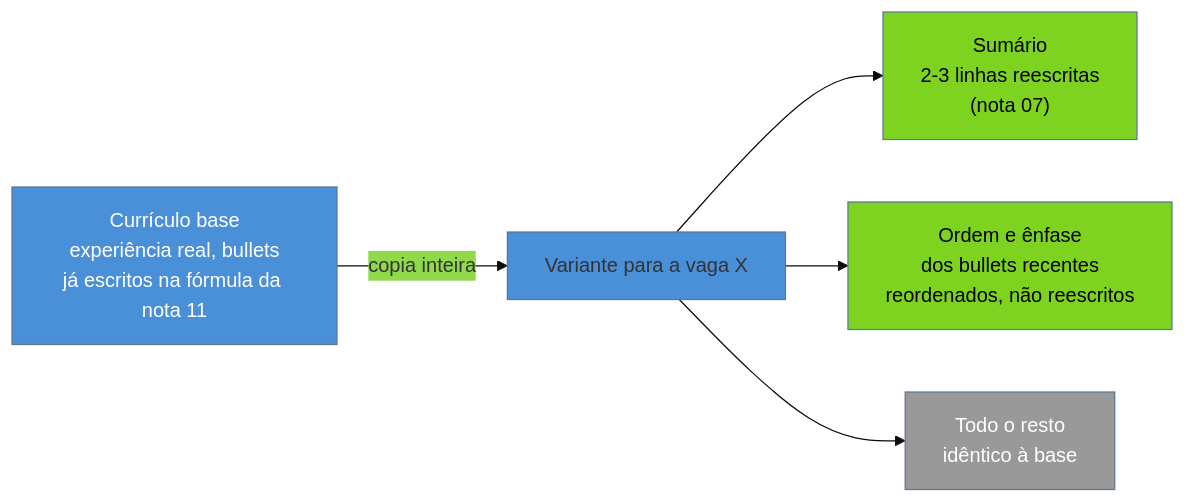
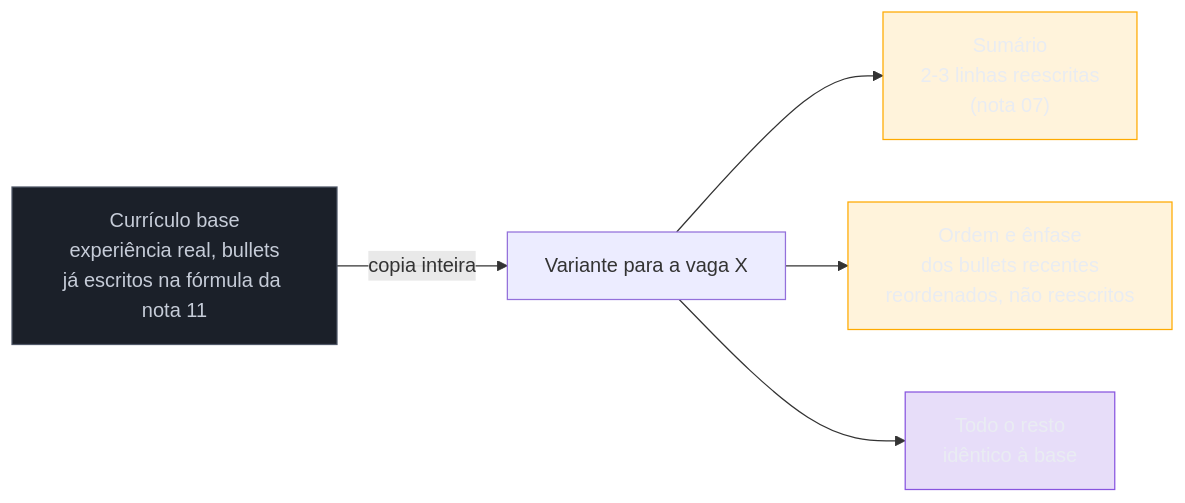
The diagram in 03-Dominios/Carreira/Currículo/18 - Adaptar por vaga sem reescrever.md (josenaldo/codex-technomanticus), drawn with Mermaid before and after one commit. The commit also changed 1181 other files, not shown here.

First line of the commit message:
fix(diagramas): paleta do sistema no lugar de cor cravada no markdown

````diff
--- a/03-Dominios/Carreira/Currículo/18 - Adaptar por vaga sem reescrever.md
+++ b/03-Dominios/Carreira/Currículo/18 - Adaptar por vaga sem reescrever.md
@@ -85,16 +85,18 @@
 ```mermaid
-%%{init: {"theme": "base", "themeVariables": {"primaryColor": "#4A90D9"}}}%%
 graph LR
+    classDef neutro fill:#1B2029,stroke:#4E5666,color:#C6CCD8
+    classDef destaque fill:#FFAA0024,stroke:#FFAA00,color:#E9ECF2
+    classDef marca fill:#8855DF33,stroke:#8855DF,color:#E9ECF2
     BASE["Currículo base<br/>experiência real, bullets<br/>já escritos na fórmula da nota 11"]
 
     BASE -->|"copia inteira"| VAR["Variante para a vaga X"]
 
     VAR --> S["Sumário<br/>2-3 linhas reescritas<br/>(nota 07)"]
     VAR --> O["Ordem e ênfase<br/>dos bullets recentes<br/>reordenados, não reescritos"]
     VAR --> RESTO["Todo o resto<br/>idêntico à base"]
 
-    style BASE fill:#4A90D9,color:#fff
-    style S fill:#7ED321,color:#000
-    style O fill:#7ED321,color:#000
-    style RESTO fill:#999,color:#fff
+    class BASE neutro
+    class S destaque
+    class O destaque
+    class RESTO marca
 ```
````
